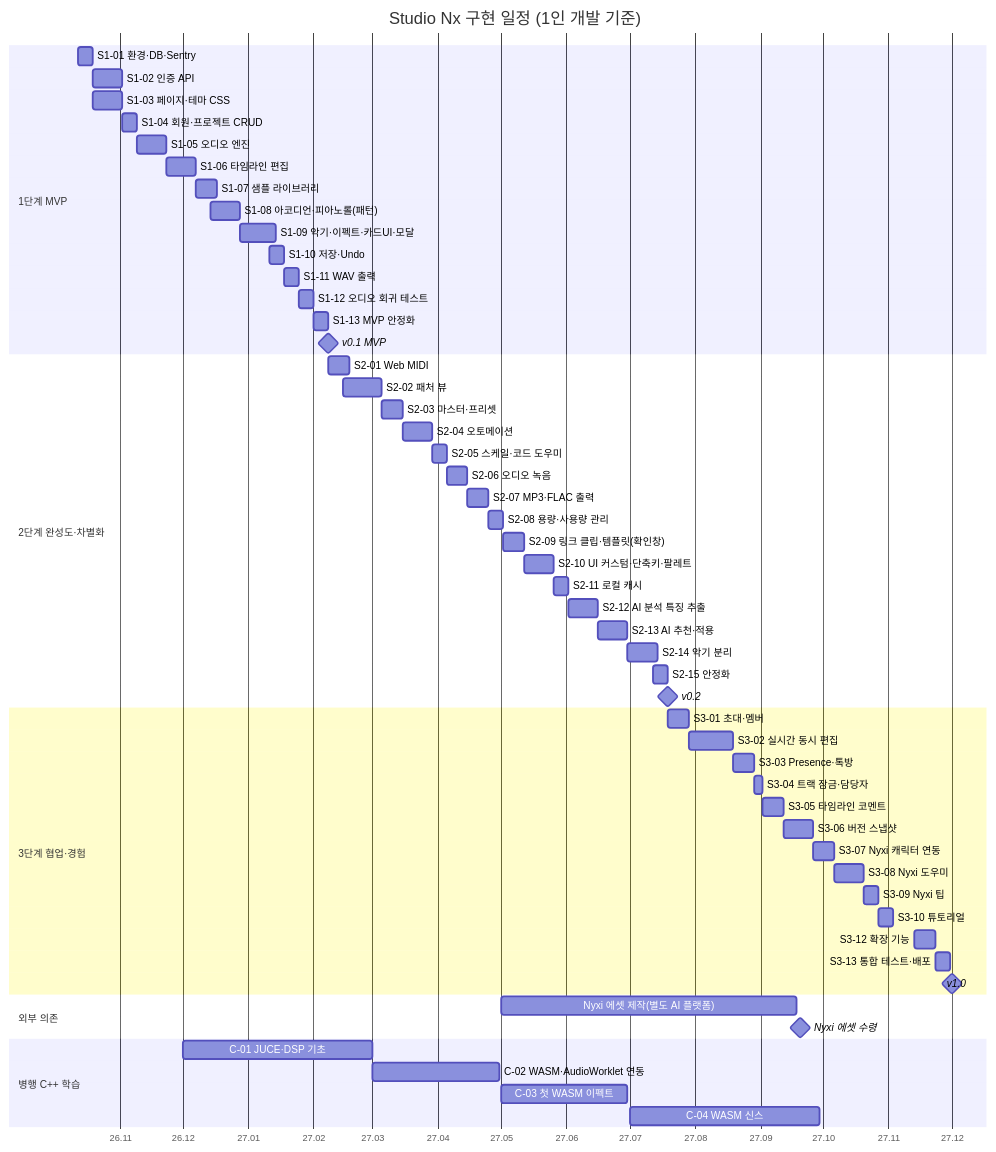
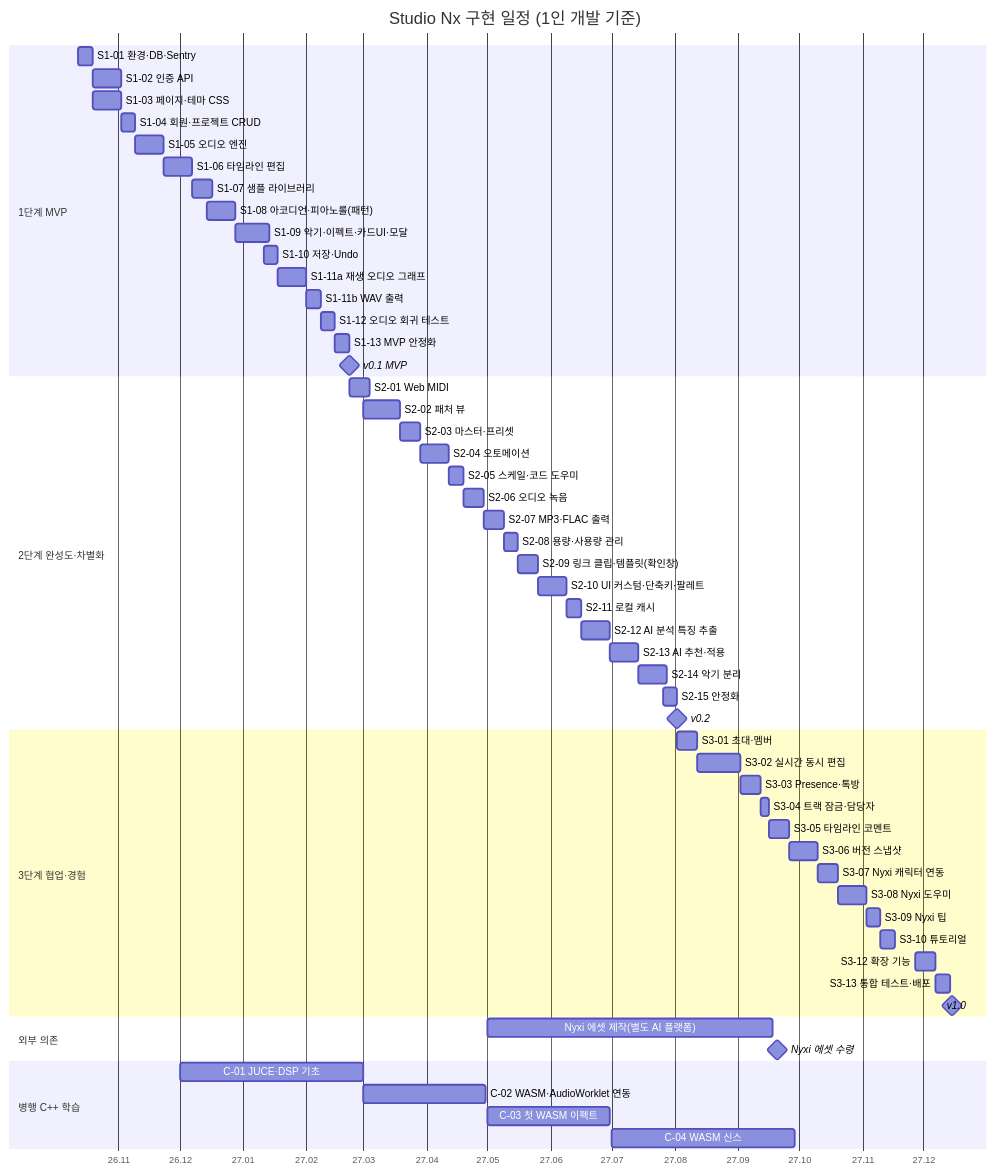
One commit to good200005/StudioNx changed the diagram in docs/Implementation_Plan.md. Above: the diagram before and after it, drawn with Mermaid. The commit also changed other lines of this file and 4 other files, not shown here.

````diff
--- a/docs/Implementation_Plan.md
+++ b/docs/Implementation_Plan.md
@@ -170,66 +171,67 @@
 ```mermaid
 gantt
     title Studio Nx 구현 일정 (1인 개발 기준)
     dateFormat YYYY-MM-DD
     axisFormat %y.%m
     tickInterval 1month
 
     section 1단계 MVP
     S1-01 환경·DB·Sentry            :s101, 2026-10-12, 7d
     S1-02 인증 API                  :s102, 2026-10-19, 14d
     S1-03 페이지·테마 CSS           :s103, 2026-10-19, 14d
     S1-04 회원·프로젝트 CRUD         :s104, 2026-11-02, 7d
     S1-05 오디오 엔진               :s105, 2026-11-09, 14d
     S1-06 타임라인 편집              :s106, 2026-11-23, 14d
     S1-07 샘플 라이브러리             :s107, 2026-12-07, 10d
     S1-08 아코디언·피아노롤(패턴)      :s108, 2026-12-14, 14d
     S1-09 악기·이펙트·카드UI·모달     :s109, 2026-12-28, 17d
     S1-10 저장·Undo                 :s110, 2027-01-11, 7d
-    S1-11 WAV 출력                  :s111, 2027-01-18, 7d
-    S1-12 오디오 회귀 테스트          :s112, 2027-01-25, 7d
-    S1-13 MVP 안정화                 :s113, 2027-02-01, 7d
-    v0.1 MVP                       :milestone, m1, 2027-02-08, 0d
+    S1-11a 재생 오디오 그래프        :s111a, 2027-01-18, 14d
+    S1-11b WAV 출력                  :s111b, 2027-02-01, 7d
+    S1-12 오디오 회귀 테스트          :s112, 2027-02-08, 7d
+    S1-13 MVP 안정화                 :s113, 2027-02-15, 7d
+    v0.1 MVP                       :milestone, m1, 2027-02-22, 0d
 
     section 2단계 완성도·차별화
-    S2-01 Web MIDI                 :s201, 2027-02-08, 10d
-    S2-02 패처 뷰                   :s202, 2027-02-15, 18d
-    S2-03 마스터·프리셋              :s203, 2027-03-05, 10d
-    S2-04 오토메이션                :s204, 2027-03-15, 14d
-    S2-05 스케일·코드 도우미          :s205, 2027-03-29, 7d
-    S2-06 오디오 녹음               :s206, 2027-04-05, 10d
-    S2-07 MP3·FLAC 출력             :s207, 2027-04-15, 10d
-    S2-08 용량·사용량 관리           :s208, 2027-04-25, 7d
-    S2-09 링크 클립·템플릿(확인창)     :s209, 2027-05-02, 10d
-    S2-10 UI 커스텀·단축키·팔레트      :s210, 2027-05-12, 14d
-    S2-11 로컬 캐시                 :s211, 2027-05-26, 7d
-    S2-12 AI 분석 특징 추출          :s212, 2027-06-02, 14d
-    S2-13 AI 추천·적용              :s213, 2027-06-16, 14d
-    S2-14 악기 분리                 :s214, 2027-06-30, 14d
-    S2-15 안정화                    :s215, 2027-07-12, 7d
-    v0.2                          :milestone, m2, 2027-07-19, 0d
+    S2-01 Web MIDI                 :s201, 2027-02-22, 10d
+    S2-02 패처 뷰                   :s202, 2027-03-01, 18d
+    S2-03 마스터·프리셋              :s203, 2027-03-19, 10d
+    S2-04 오토메이션                :s204, 2027-03-29, 14d
+    S2-05 스케일·코드 도우미          :s205, 2027-04-12, 7d
+    S2-06 오디오 녹음               :s206, 2027-04-19, 10d
+    S2-07 MP3·FLAC 출력             :s207, 2027-04-29, 10d
+    S2-08 용량·사용량 관리           :s208, 2027-05-09, 7d
+    S2-09 링크 클립·템플릿(확인창)     :s209, 2027-05-16, 10d
+    S2-10 UI 커스텀·단축키·팔레트      :s210, 2027-05-26, 14d
+    S2-11 로컬 캐시                 :s211, 2027-06-09, 7d
+    S2-12 AI 분석 특징 추출          :s212, 2027-06-16, 14d
+    S2-13 AI 추천·적용              :s213, 2027-06-30, 14d
+    S2-14 악기 분리                 :s214, 2027-07-14, 14d
+    S2-15 안정화                    :s215, 2027-07-26, 7d
+    v0.2                          :milestone, m2, 2027-08-02, 0d
 
     section 3단계 협업·경험
-    S3-01 초대·멤버                 :s301, 2027-07-19, 10d
-    S3-02 실시간 동시 편집            :s302, 2027-07-29, 21d
-    S3-03 Presence·톡방             :s303, 2027-08-19, 10d
-    S3-04 트랙 잠금·담당자            :s304, 2027-08-29, 4d
-    S3-05 타임라인 코멘트             :s305, 2027-09-02, 10d
-    S3-06 버전 스냅샷               :s306, 2027-09-12, 14d
-    S3-07 Nyxi 캐릭터 연동           :s307, 2027-09-26, 10d
-    S3-08 Nyxi 도우미               :s308, 2027-10-06, 14d
-    S3-09 Nyxi 팁                   :s309, 2027-10-20, 7d
-    S3-10 튜토리얼                  :s310, 2027-10-27, 7d
-    S3-12 확장 기능                 :s312, 2027-11-13, 10d
-    S3-13 통합 테스트·배포           :s313, 2027-11-23, 7d
-    v1.0                          :milestone, m3, 2027-12-01, 0d
+    S3-01 초대·멤버                 :s301, 2027-08-02, 10d
+    S3-02 실시간 동시 편집            :s302, 2027-08-12, 21d
+    S3-03 Presence·톡방             :s303, 2027-09-02, 10d
+    S3-04 트랙 잠금·담당자            :s304, 2027-09-12, 4d
+    S3-05 타임라인 코멘트             :s305, 2027-09-16, 10d
+    S3-06 버전 스냅샷               :s306, 2027-09-26, 14d
+    S3-07 Nyxi 캐릭터 연동           :s307, 2027-10-10, 10d
+    S3-08 Nyxi 도우미               :s308, 2027-10-20, 14d
+    S3-09 Nyxi 팁                   :s309, 2027-11-03, 7d
+    S3-10 튜토리얼                  :s310, 2027-11-10, 7d
+    S3-12 확장 기능                 :s312, 2027-11-27, 10d
+    S3-13 통합 테스트·배포           :s313, 2027-12-07, 7d
+    v1.0                          :milestone, m3, 2027-12-15, 0d
 
     section 외부 의존
     Nyxi 에셋 제작(별도 AI 플랫폼)   :ext1, 2027-05-01, 140d
     Nyxi 에셋 수령                  :milestone, ext2, 2027-09-20, 0d
 
     section 병행 C++ 학습
     C-01 JUCE·DSP 기초              :c01, 2026-12-01, 90d
     C-02 WASM·AudioWorklet 연동     :c02, 2027-03-01, 60d
     C-03 첫 WASM 이펙트             :c03, 2027-05-01, 60d
     C-04 WASM 신스                  :c04, 2027-07-01, 90d
 ```
````
